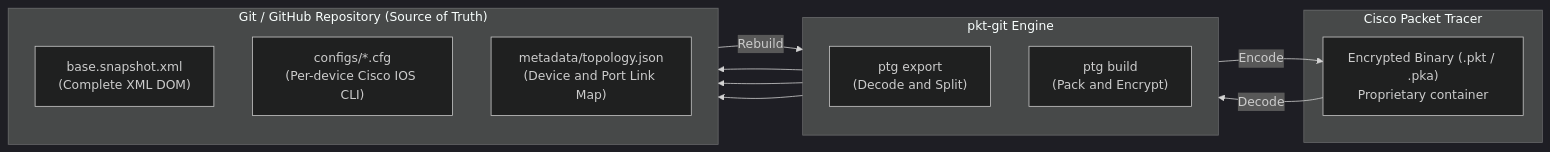
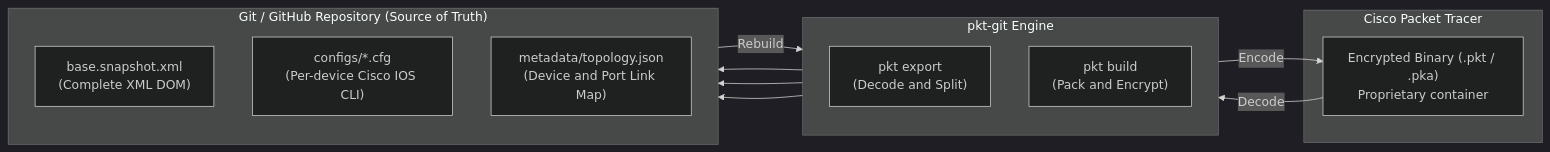
One commit to MarkOne-dev/pkt-git changed the first of 3 diagrams in README.md. Above: the diagram before and after it, drawn with Mermaid (dark theme). The commit also changed other lines of this file and 11 other files, not shown here.

Commit message:
feat(cli): rename command to pkt (ptg kept as legacy alias)

````diff
--- a/README.md
+++ b/README.md
@@ -74,27 +74,27 @@
 ```mermaid
 flowchart LR
     subgraph PT["Cisco Packet Tracer"]
         PKT["Encrypted Binary (.pkt / .pka)\nProprietary container"]
     end
 
     subgraph ENGINE["pkt-git Engine"]
         direction TB
-        EXP["ptg export\n(Decode and Split)"]
-        BLD["ptg build\n(Pack and Encrypt)"]
+        EXP["pkt export\n(Decode and Split)"]
+        BLD["pkt build\n(Pack and Encrypt)"]
     end
 
     subgraph REPO["Git / GitHub Repository (Source of Truth)"]
         direction TB
         XML["base.snapshot.xml\n(Complete XML DOM)"]
         CFG["configs/*.cfg\n(Per-device Cisco IOS CLI)"]
         JSON["metadata/topology.json\n(Device and Port Link Map)"]
     end
 
     PKT -->|"Decode"| EXP
     EXP --> XML
     EXP --> CFG
     EXP --> JSON
 
     XML -->|"Rebuild"| BLD
     BLD -->|"Encode"| PKT
 ```
````
